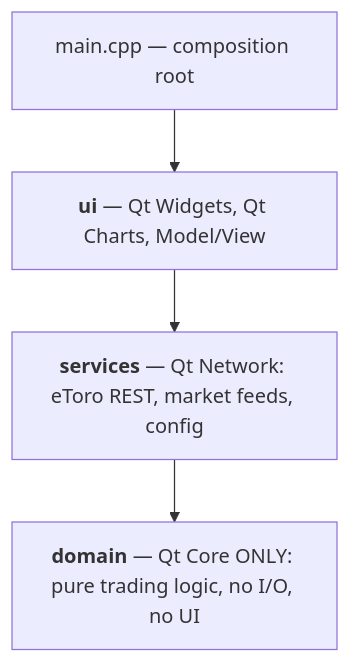
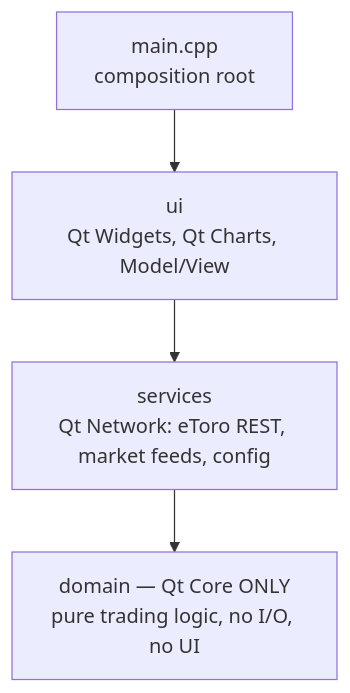
The diagram in README.md (MartinSch77/TradingApp), drawn with Mermaid before and after one commit. The commit also changed 1 other file, not shown here.

Commit message:
Fix broken OpenSSF Scorecard workflow and a cut-off Mermaid diagram
ossf/scorecard-action@v2 is not a real tag (only full versions like v2.4.4
exist) — the workflow failed at "Set up job" on every run since it was added,
which is also why the README badge showed "invalid repo path" (the API has
no record of this repo because the workflow never actually ran). Pinned to
v2.4.4.

The Architecture Mermaid diagram in README.md had its node text clipped on
GitHub: the <b> HTML tags inside long single-line labels threw off GitHub's
Mermaid text-width estimate, drawing boxes narrower than the text needs.
Reworked each label onto two shorter lines via <br/> and dropped the bold
tags, which is what keeps the per-line width within what GitHub's renderer
sizes correctly.

````diff
--- a/README.md
+++ b/README.md
@@ -162,7 +162,7 @@
 ```mermaid
 flowchart TD
-    M["main.cpp — composition root"] --> U
-    U["<b>ui</b> — Qt Widgets, Qt Charts, Model/View"] --> S
-    S["<b>services</b> — Qt Network: eToro REST, market feeds, config"] --> D
-    D["<b>domain</b> — Qt Core ONLY: pure trading logic, no I/O, no UI"]
+    M["main.cpp<br/>composition root"] --> U
+    U["ui<br/>Qt Widgets, Qt Charts, Model/View"] --> S
+    S["services<br/>Qt Network: eToro REST, market feeds, config"] --> D
+    D["domain — Qt Core ONLY<br/>pure trading logic, no I/O, no UI"]
 ```
````
